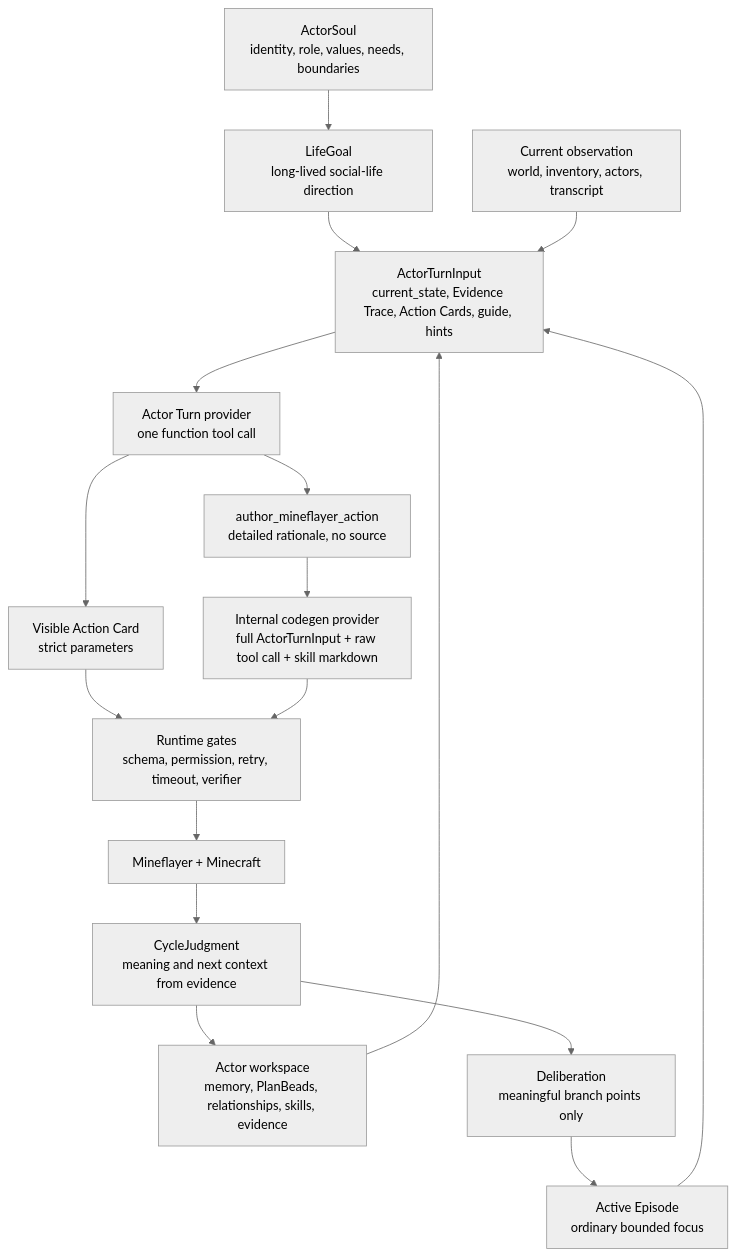
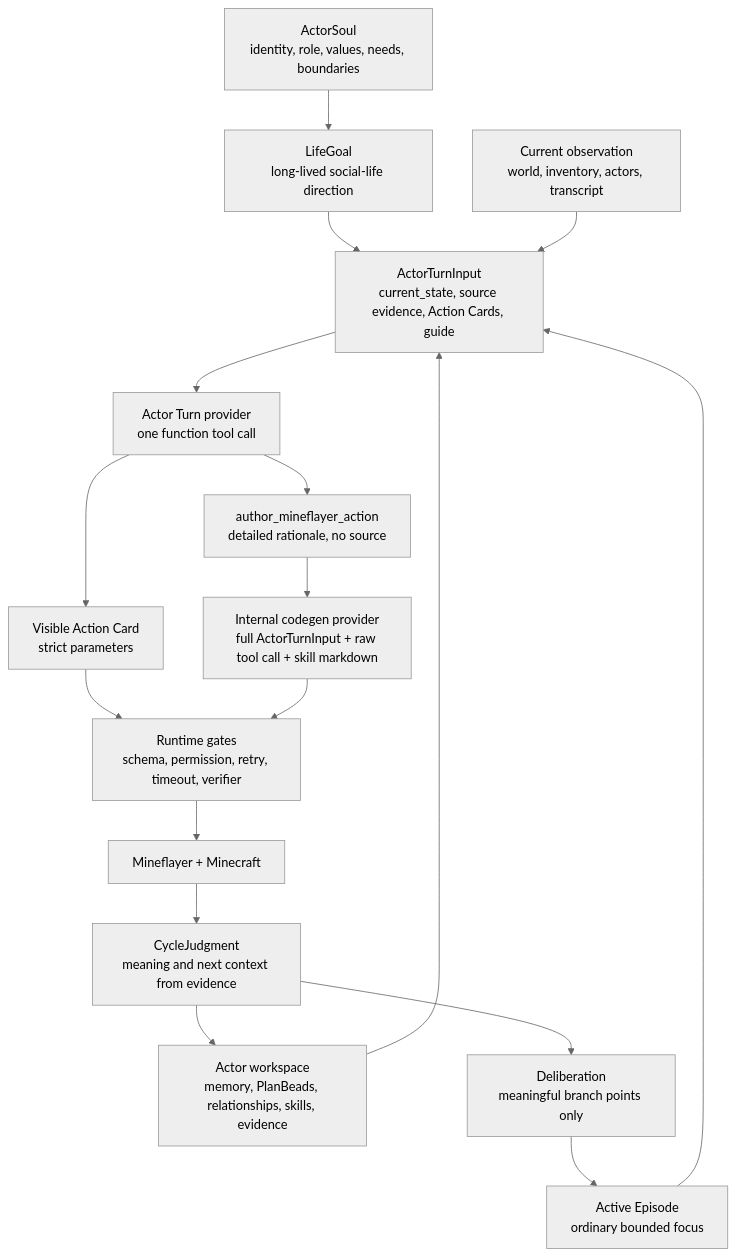
Before and after one commit to gigio1023/minecraft-llm-agent-community: the first of 2 diagrams in project-docs/Architecture/Soul-Life-Goal-Runtime-Architecture.md, drawn with Mermaid (neutral theme). The commit also changed other lines of this file and 20 other files, not shown here.

Commit message:
Trim Actor Turn source evidence input

````diff
--- a/project-docs/Architecture/Soul-Life-Goal-Runtime-Architecture.md
+++ b/project-docs/Architecture/Soul-Life-Goal-Runtime-Architecture.md
@@ -237,28 +237,28 @@
 ```mermaid
 flowchart TB
   Soul["ActorSoul<br/>identity, role, values, needs, boundaries"]
   LifeGoal["LifeGoal<br/>long-lived social-life direction"]
   Workspace["Actor workspace<br/>memory, PlanBeads, relationships, skills, evidence"]
   Observe["Current observation<br/>world, inventory, actors, transcript"]
   Episode["Active Episode<br/>ordinary bounded focus"]
   Branch["Deliberation<br/>meaningful branch points only"]
-  TurnInput["ActorTurnInput<br/>current_state, Evidence Trace, Action Cards, guide, hints"]
+  TurnInput["ActorTurnInput<br/>current_state, source evidence, Action Cards, guide"]
   ActorTurn["Actor Turn provider<br/>one function tool call"]
   Tool["Visible Action Card<br/>strict parameters"]
   Author["author_mineflayer_action<br/>detailed rationale, no source"]
   Codegen["Internal codegen provider<br/>full ActorTurnInput + raw tool call + skill markdown"]
   Runtime["Runtime gates<br/>schema, permission, retry, timeout, verifier"]
   Mineflayer["Mineflayer + Minecraft"]
   Judgment["CycleJudgment<br/>meaning and next context from evidence"]
 
   Soul --> LifeGoal --> TurnInput
   Workspace --> TurnInput
   Observe --> TurnInput
   Episode --> TurnInput
   Branch --> Episode
   TurnInput --> ActorTurn
   ActorTurn --> Tool --> Runtime
   ActorTurn --> Author --> Codegen --> Runtime
   Runtime --> Mineflayer --> Judgment --> Workspace
   Judgment --> Branch
 ```
````
